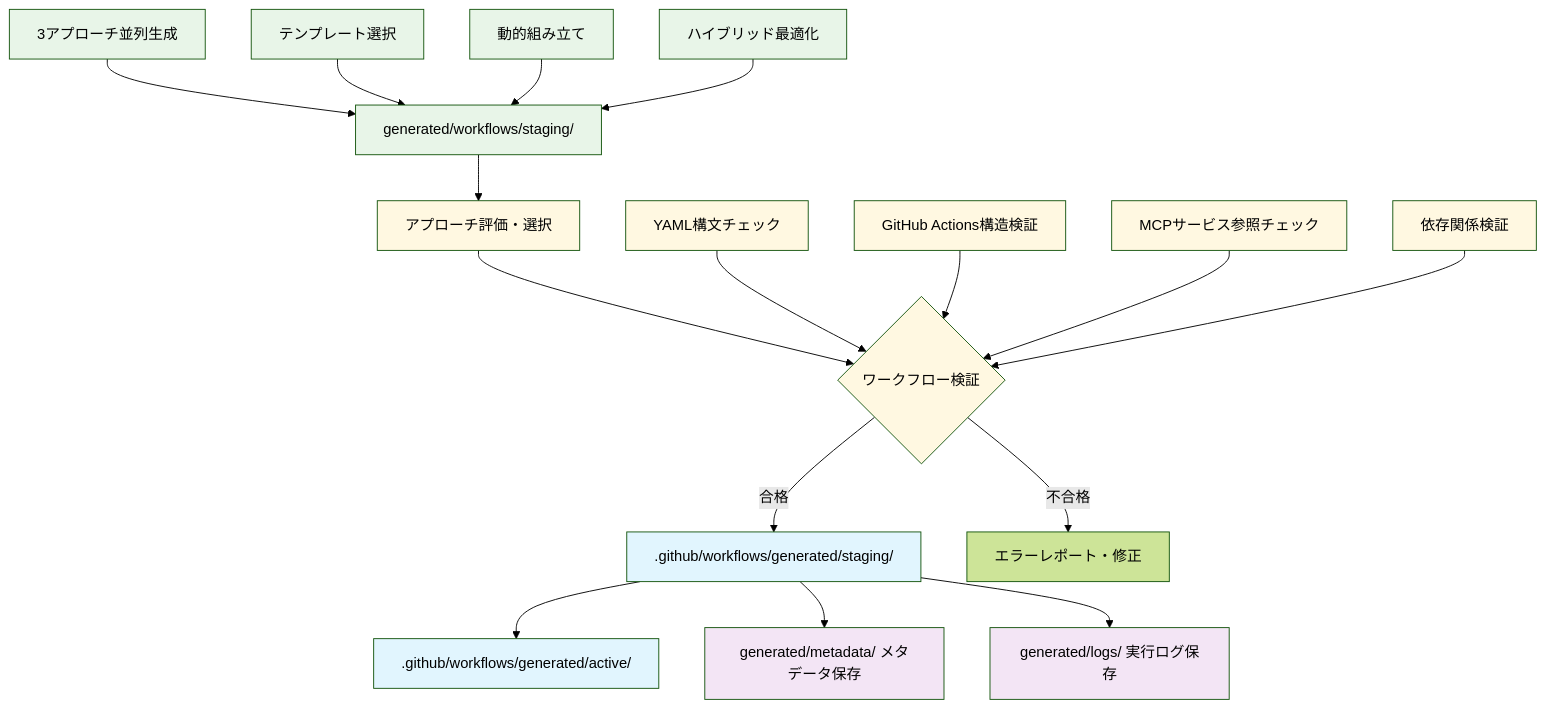
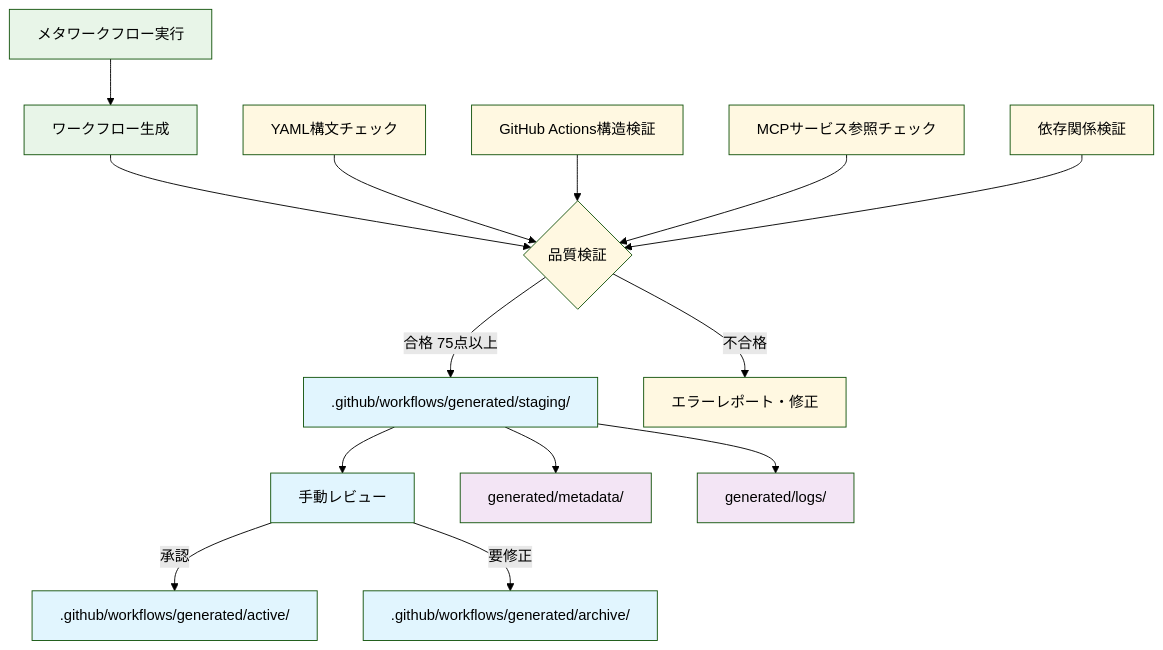
Before and after one commit to rossy8417/kamuicode_meta: the diagram in README.md, drawn with Mermaid (forest theme). The commit also changed other lines of this file and 1 other file, not shown here.

````diff
--- a/README.md
+++ b/README.md
@@ -109,32 +109,31 @@
 ```mermaid
 graph TD
-    A[3アプローチ並列生成] --> B[generated/workflows/staging/]
-    B --> C[アプローチ評価・選択] --> D{ワークフロー検証}
-    D -->|合格| E[.github/workflows/generated/staging/]
-    D -->|不合格| F[エラーレポート・修正]
-    E --> G[.github/workflows/generated/active/]
-    E --> H[generated/metadata/ メタデータ保存]
-    E --> I[generated/logs/ 実行ログ保存]
-    
-    %% 3アプローチ詳細
-    A1[テンプレート選択] --> B
-    A2[動的組み立て] --> B
-    A3[ハイブリッド最適化] --> B
+    A[メタワークフロー実行] --> B[ワークフロー生成]
+    B --> C{品質検証}
+    C -->|合格 75点以上| D[.github/workflows/generated/staging/]
+    C -->|不合格| E[エラーレポート・修正]
+    D --> F[手動レビュー]
+    F -->|承認| G[.github/workflows/generated/active/]
+    F -->|要修正| H[.github/workflows/generated/archive/]
     
     %% 検証内容
-    D1[YAML構文チェック] --> D
-    D2[GitHub Actions構造検証] --> D  
-    D3[MCPサービス参照チェック] --> D
-    D4[依存関係検証] --> D
+    C1[YAML構文チェック] --> C
+    C2[GitHub Actions構造検証] --> C  
+    C3[MCPサービス参照チェック] --> C
+    C4[依存関係検証] --> C
+    
+    %% 並列保存
+    D --> I[generated/metadata/]
+    D --> J[generated/logs/]
     
     %% スタイリング
-    classDef stageNode fill:#e8f5e8
+    classDef processNode fill:#e8f5e8
     classDef validateNode fill:#fff8e1
     classDef deployNode fill:#e1f5fe
-    classDef persistNode fill:#f3e5f5
+    classDef storageNode fill:#f3e5f5
     
-    class A,A1,A2,A3,B stageNode
-    class C,D,D1,D2,D3,D4 validateNode
-    class E,G deployNode
-    class H,I persistNode
+    class A,B processNode
+    class C,C1,C2,C3,C4,E validateNode
+    class D,F,G,H deployNode
+    class I,J storageNode
 ```
````
